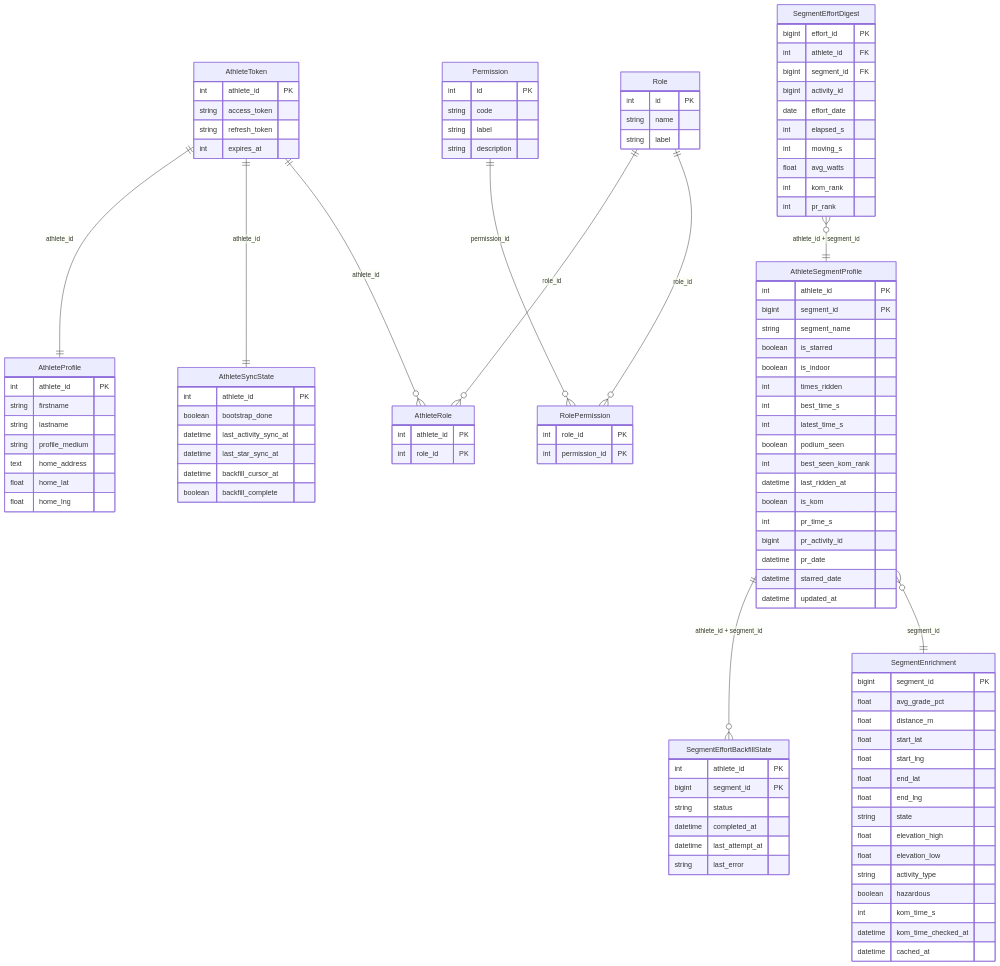
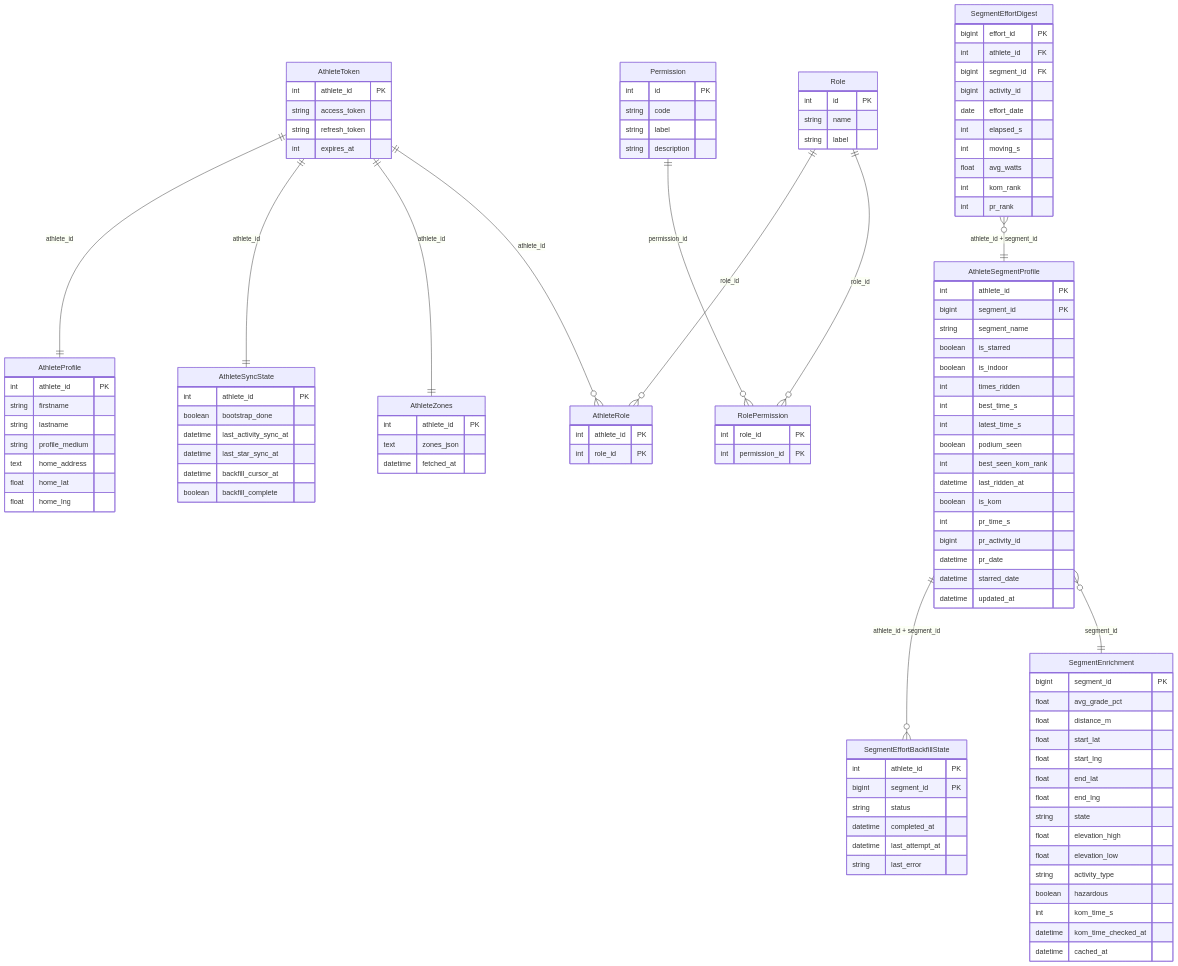
Before and after one commit to mazoo/training-tools: the diagram in docs/DATA_MODELS.md, drawn with Mermaid. The commit also changed other lines of this file and 12 other files, not shown here.

```diff
--- a/docs/DATA_MODELS.md
+++ b/docs/DATA_MODELS.md
@@ -214,6 +226,11 @@
         datetime last_star_sync_at
         datetime backfill_cursor_at
         boolean backfill_complete
+    }
+    AthleteZones {
+        int athlete_id PK
+        text zones_json
+        datetime fetched_at
     }
     Role {
         int id PK
@@ -293,6 +310,7 @@
 
     AthleteToken      ||--|| AthleteProfile     : "athlete_id"
     AthleteToken      ||--|| AthleteSyncState   : "athlete_id"
+    AthleteToken      ||--|| AthleteZones       : "athlete_id"
     AthleteToken      ||--o{ AthleteRole        : "athlete_id"
     Role              ||--o{ AthleteRole        : "role_id"
     Role              ||--o{ RolePermission     : "role_id"
```
